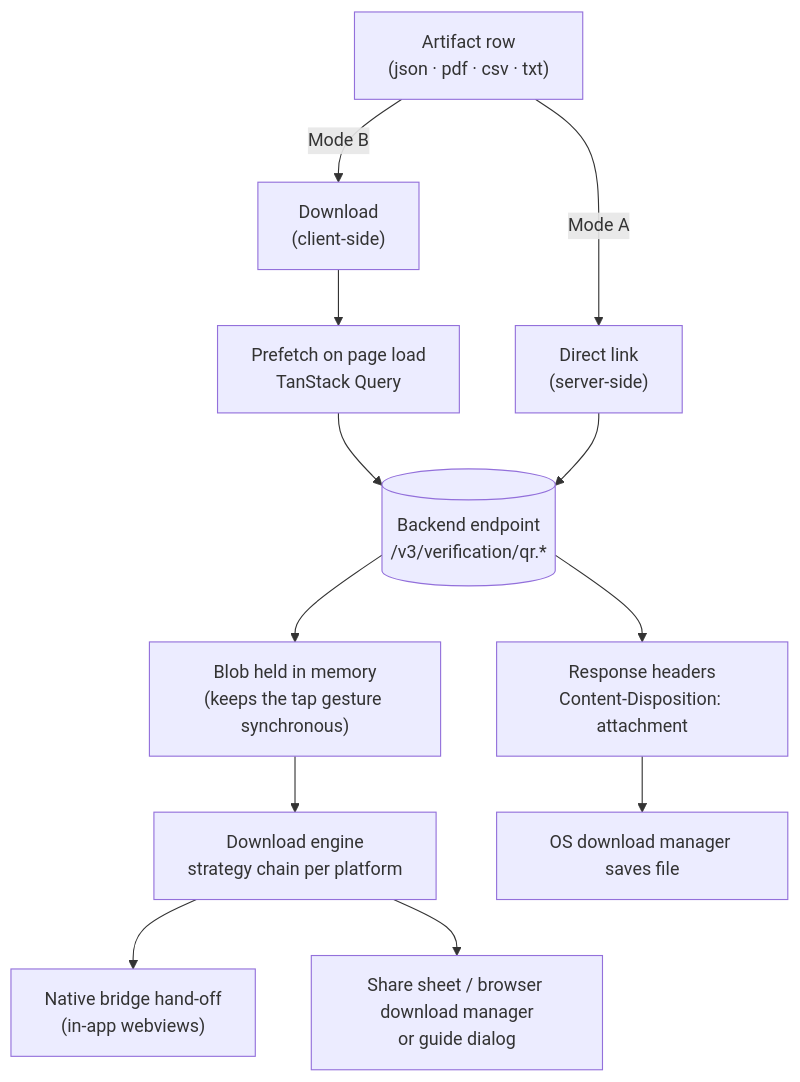
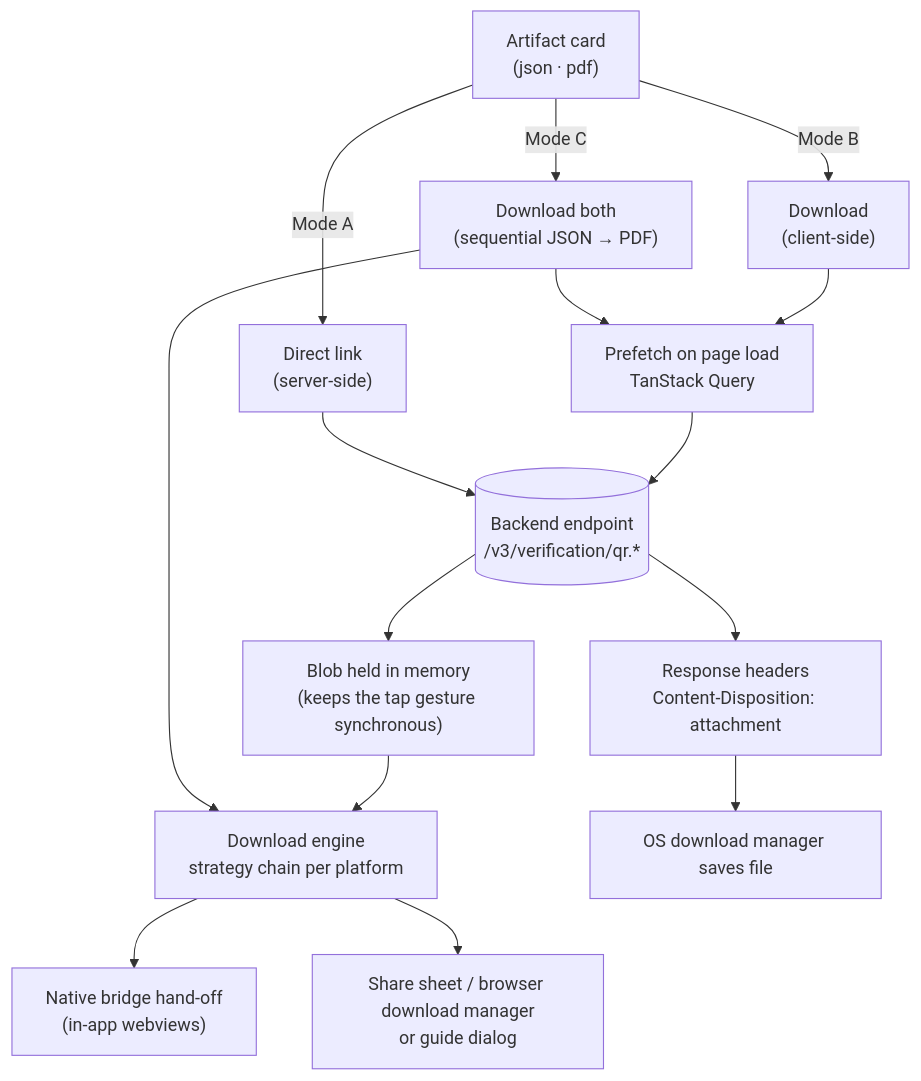
The first of 5 diagrams in docs/download-flow.md (rakuya-khun/file-download-ios-simulation), drawn with Mermaid before and after one commit. The commit also changed other lines of this file and 25 other files, not shown here.

First line of the commit message:
feat: harden download strategy and app-like UI for JSON/PDF

````diff
--- a/docs/download-flow.md
+++ b/docs/download-flow.md
@@ -7,19 +7,22 @@
 ```mermaid
 flowchart TB
-    Row["Artifact row<br/>(json · pdf · csv · txt)"]
+    Row["Artifact card<br/>(json · pdf)"]
 
     Row -->|"Mode B"| FetchSave["Download<br/>(client-side)"]
     Row -->|"Mode A"| DirectLink["Direct link<br/>(server-side)"]
+    Row -->|"Mode C"| Bulk["Download both<br/>(sequential JSON → PDF)"]
 
     FetchSave --> Query["Prefetch on page load<br/>TanStack Query"]
+    Bulk --> Query
     Query --> Endpoint[("Backend endpoint<br/>/v3/verification/qr.*")]
     Endpoint --> Blob["Blob held in memory<br/>(keeps the tap gesture synchronous)"]
     Blob --> Engine["Download engine<br/>strategy chain per platform"]
+    Bulk --> Engine
 
     DirectLink --> Endpoint
     Endpoint --> Headers["Response headers<br/>Content-Disposition: attachment"]
     Headers --> OS1["OS download manager saves file"]
 
     Engine --> Bridge["Native bridge hand-off<br/>(in-app webviews)"]
     Engine --> OS2["Share sheet / browser download manager<br/>or guide dialog"]
 ```
````
